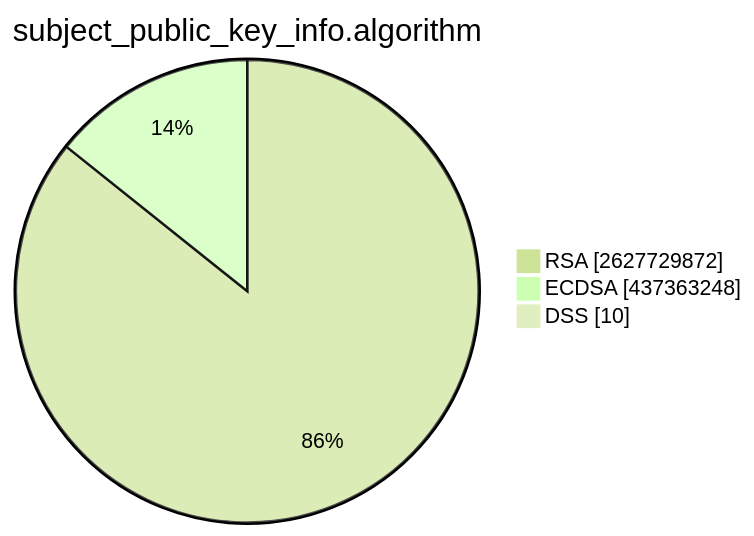
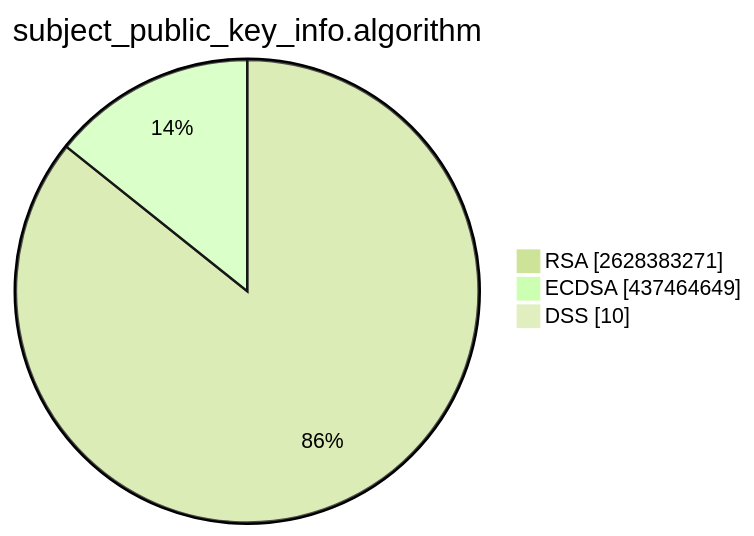
Before and after one commit to christiankrug/ctmonitor_visualization: the second of 15 diagrams in TOTAL/README.md, drawn with Mermaid (forest theme). The commit also changed other lines of this file, not shown here.

````diff
--- a/TOTAL/README.md
+++ b/TOTAL/README.md
@@ -6,7 +6,7 @@
 ```mermaid
 pie showData
 title subject_public_key_info.algorithm
-"RSA" :2627729872
-"ECDSA" :437363248
+"RSA" :2628383271
+"ECDSA" :437464649
 "DSS" :10
 ```
````
